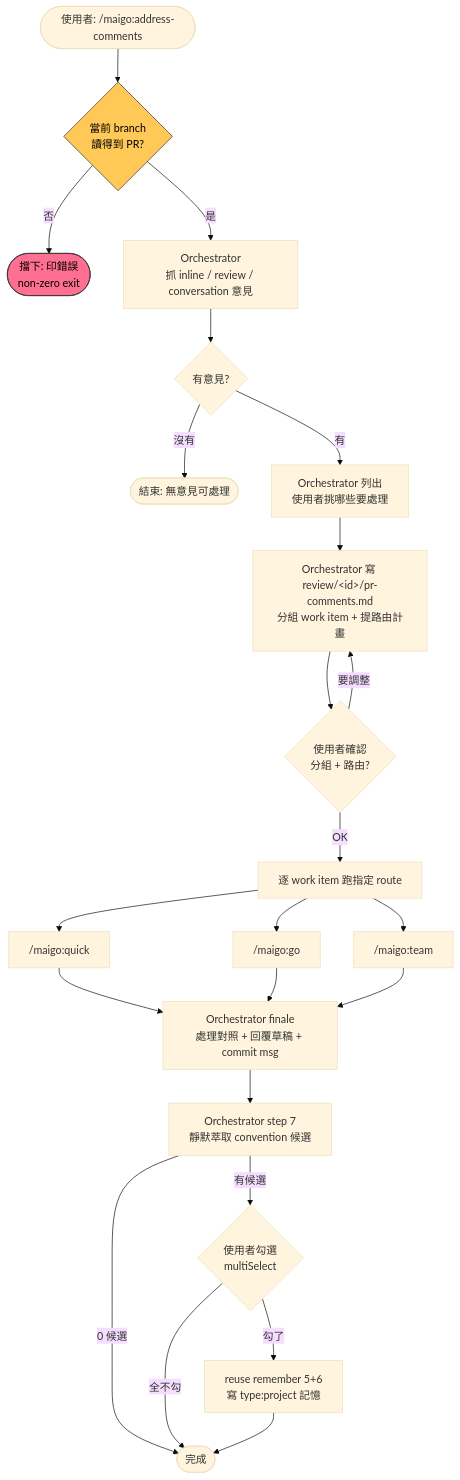
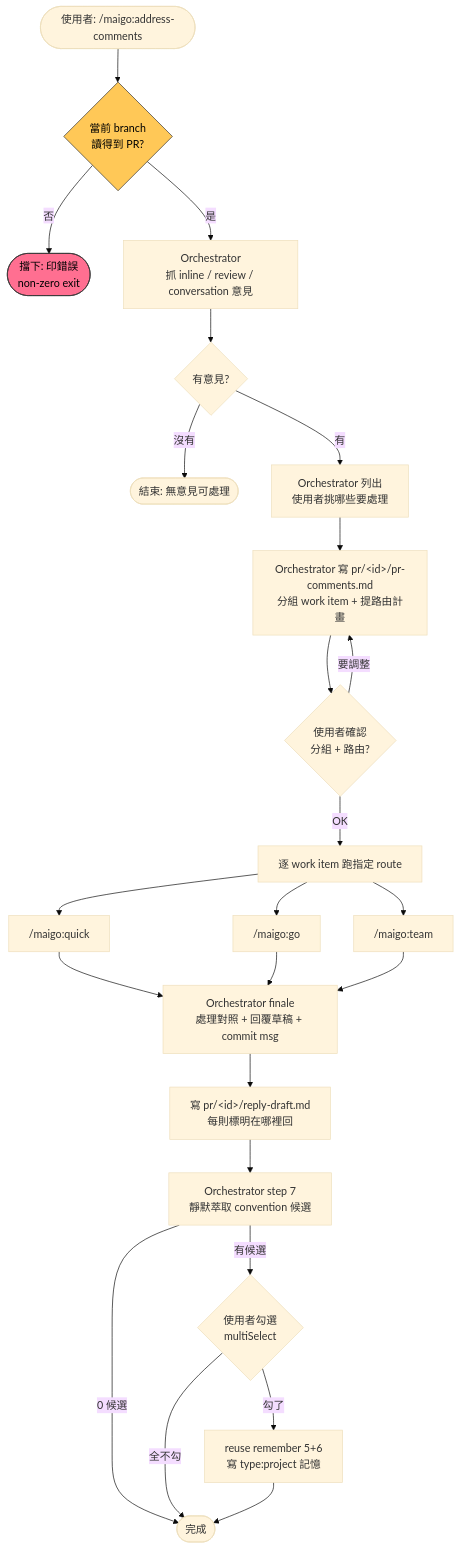
The diagram in docs/commands/address-comments.md (Lee-W/maigo), drawn with Mermaid (base theme) before and after one commit. The commit also changed 4 other files, not shown here.

First line of the commit message:
feat(address-comments): write reply drafts with where-to-comment hints

````diff
--- a/docs/commands/address-comments.md
+++ b/docs/commands/address-comments.md
@@ -1,30 +1,32 @@
 ```mermaid
 flowchart TD
     Start([使用者: /maigo:address-comments]) --> Gate{當前 branch<br/>讀得到 PR?}
     Gate -- 否 --> Block([擋下: 印錯誤<br/>non-zero exit])
     Gate -- 是 --> Fetch[Orchestrator<br/>抓 inline / review / conversation 意見]
     Fetch --> HasComments{有意見?}
     HasComments -- 沒有 --> NoOp([結束: 無意見可處理])
     HasComments -- 有 --> List[Orchestrator 列出<br/>使用者挑哪些要處理]
-    List --> Plan[Orchestrator 寫 review/&lt;id&gt;/pr-comments.md<br/>分組 work item + 提路由計畫]
+    List --> Plan[Orchestrator 寫 pr/&lt;id&gt;/pr-comments.md<br/>分組 work item + 提路由計畫]
     Plan --> Confirm{使用者確認<br/>分組 + 路由?}
     Confirm -- 要調整 --> Plan
     Confirm -- OK --> Route[逐 work item 跑指定 route]
     Route --> Quick["/maigo:quick"]
     Route --> Go["/maigo:go"]
     Route --> Team["/maigo:team"]
     Quick --> Finale[Orchestrator finale<br/>處理對照 + 回覆草稿 + commit msg]
     Go --> Finale
     Team --> Finale
-    Finale --> Learn[Orchestrator step 7<br/>靜默萃取 convention 候選]
+    Finale --> Draft[寫 pr/&lt;id&gt;/reply-draft.md<br/>每則標明在哪裡回]
+    Draft --> Learn
+    Learn[Orchestrator step 7<br/>靜默萃取 convention 候選]
     Learn -- 0 候選 --> Done([完成])
     Learn -- 有候選 --> Ask{使用者勾選<br/>multiSelect}
     Ask -- 全不勾 --> Done
     Ask -- 勾了 --> Write[reuse remember 5+6<br/>寫 type:project 記憶]
     Write --> Done
 
     classDef gate fill:#FFC857,stroke:#333,color:#000
     classDef block fill:#FF6F91,stroke:#333,color:#000
     class Gate gate
     class Block block
 ```
````
